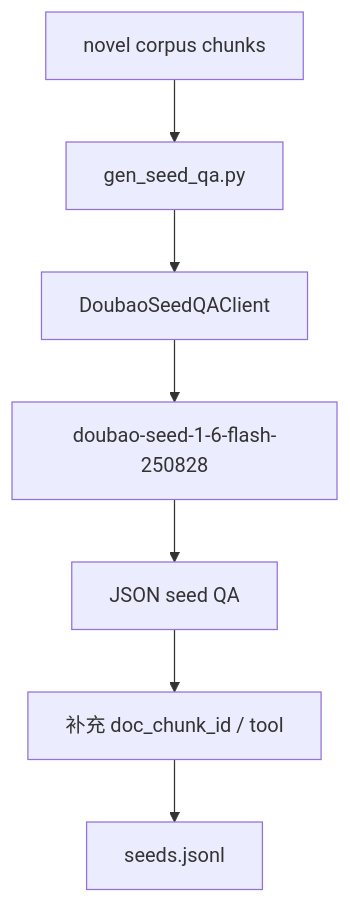
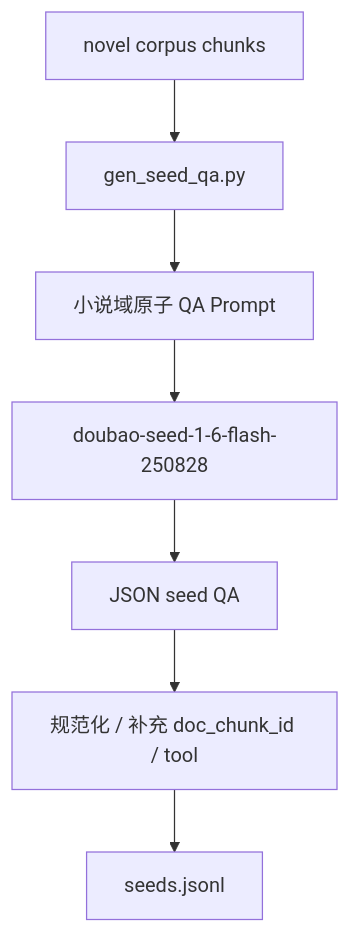
Before and after one commit to Lafinger/AgenticRAG-RL: the fifth of 16 diagrams in demo/README.md, drawn with Mermaid. The commit also changed other lines of this file and 2 other files, not shown here.

````diff
--- a/demo/README.md
+++ b/demo/README.md
@@ -238,9 +241,9 @@
 ```mermaid
 flowchart TD
     A["novel corpus chunks"] --> B["gen_seed_qa.py"]
-    B --> C["DoubaoSeedQAClient"]
+    B --> C["小说域原子 QA Prompt"]
     C --> D["doubao-seed-1-6-flash-250828"]
     D --> E["JSON seed QA"]
-    E --> F["补充 doc_chunk_id / tool"]
+    E --> F["规范化 / 补充 doc_chunk_id / tool"]
     F --> G["seeds.jsonl"]
 ```
````
